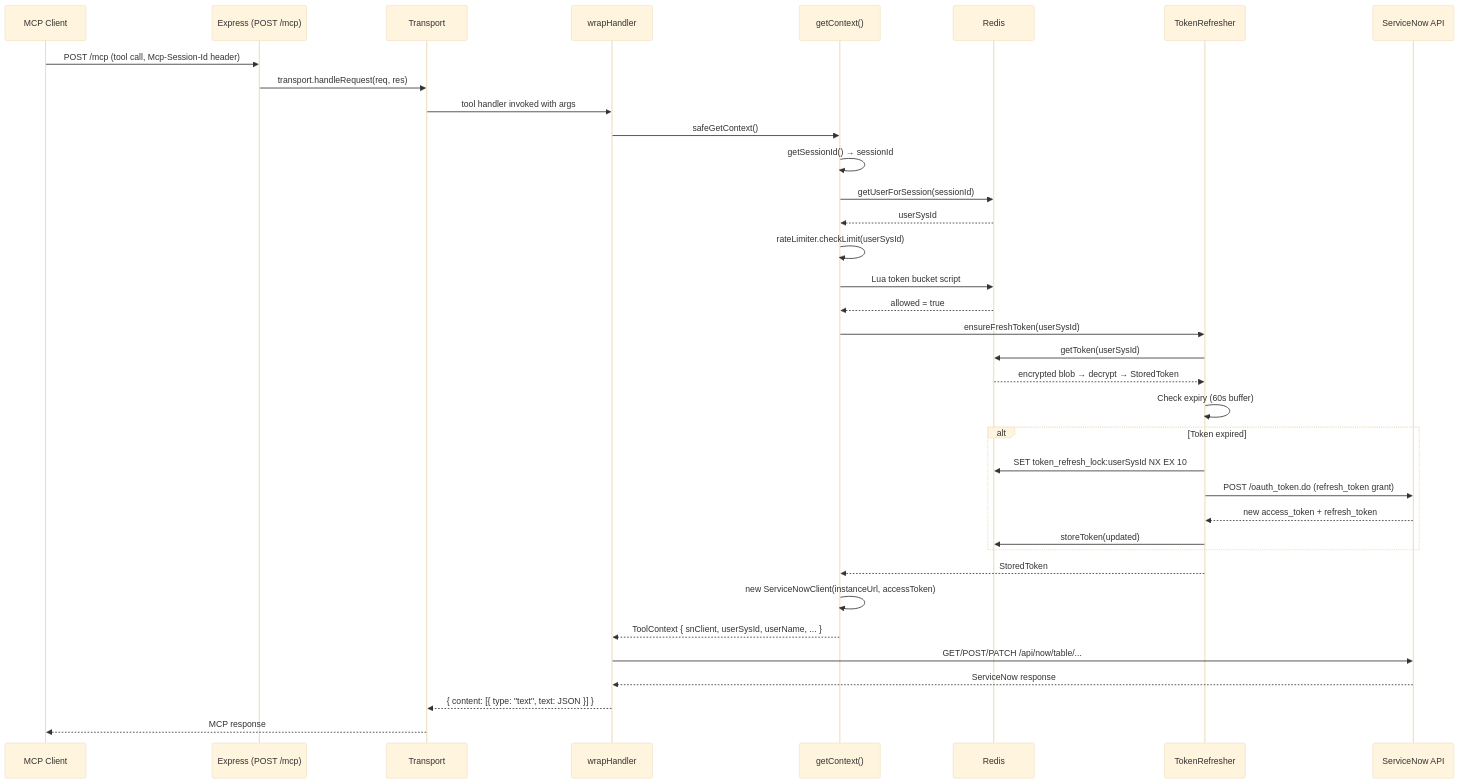
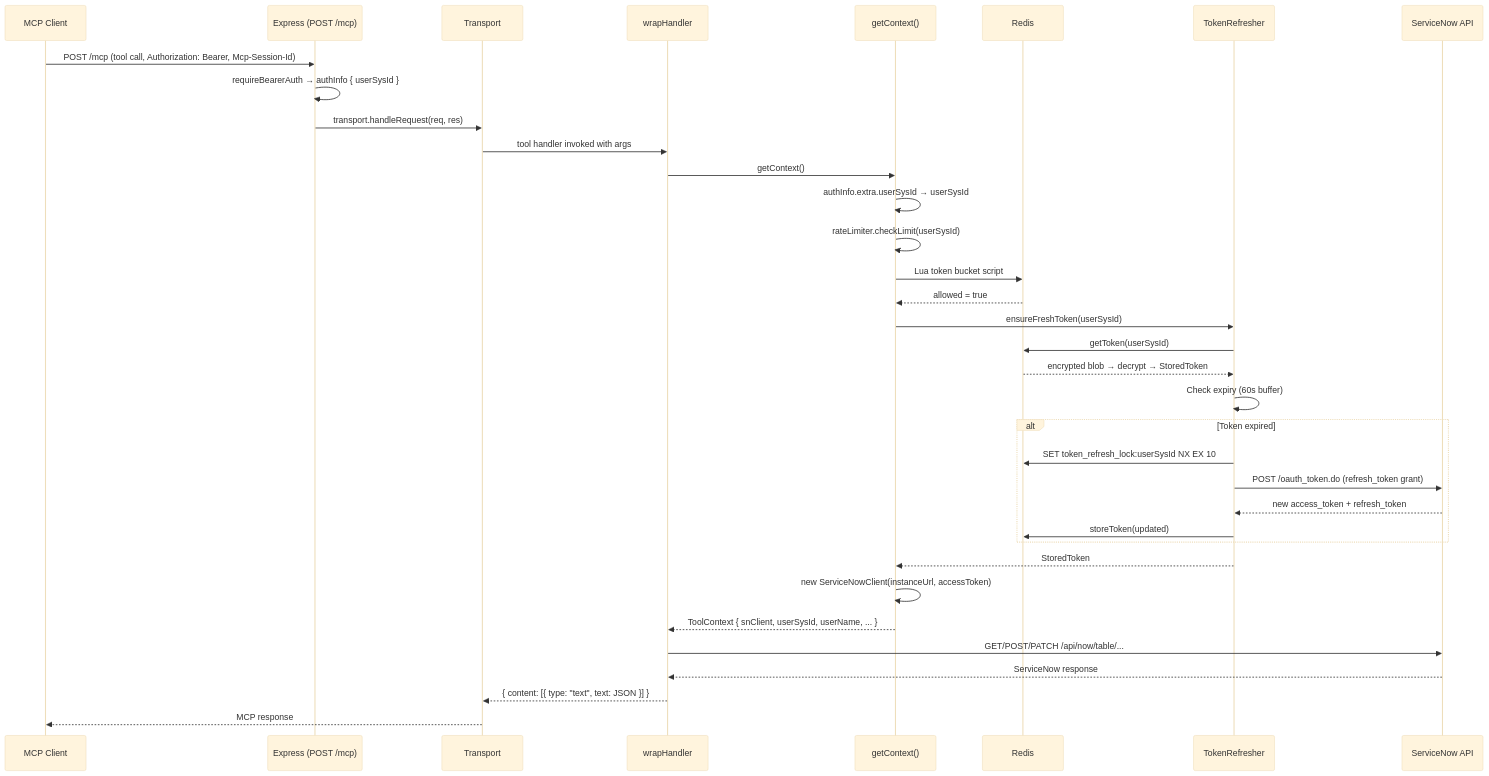
Before and after one commit to windoze95/servicewow-mcp: the diagram in docs/architecture/request-flow.md, drawn with Mermaid (base theme). The commit also changed other lines of this file and 38 other files, not shown here.

First line of the commit message:
Remove deprecated legacy OAuth routes and reconnect token flow

````diff
--- a/docs/architecture/request-flow.md
+++ b/docs/architecture/request-flow.md
@@ -9,44 +9,43 @@
 ```mermaid
 sequenceDiagram
     participant C as MCP Client
     participant E as Express (POST /mcp)
     participant T as Transport
     participant W as wrapHandler
     participant G as getContext()
     participant R as Redis
     participant TR as TokenRefresher
     participant SN as ServiceNow API
 
-    C->>E: POST /mcp (tool call, Mcp-Session-Id header)
+    C->>E: POST /mcp (tool call, Authorization: Bearer, Mcp-Session-Id)
+    E->>E: requireBearerAuth → authInfo { userSysId }
     E->>T: transport.handleRequest(req, res)
     T->>W: tool handler invoked with args
-    W->>G: safeGetContext()
+    W->>G: getContext()
 
-    G->>G: getSessionId() → sessionId
-    G->>R: getUserForSession(sessionId)
-    R-->>G: userSysId
+    G->>G: authInfo.extra.userSysId → userSysId
 
     G->>G: rateLimiter.checkLimit(userSysId)
     G->>R: Lua token bucket script
     R-->>G: allowed = true
 
     G->>TR: ensureFreshToken(userSysId)
     TR->>R: getToken(userSysId)
     R-->>TR: encrypted blob → decrypt → StoredToken
     TR->>TR: Check expiry (60s buffer)
     alt Token expired
         TR->>R: SET token_refresh_lock:userSysId NX EX 10
         TR->>SN: POST /oauth_token.do (refresh_token grant)
         SN-->>TR: new access_token + refresh_token
         TR->>R: storeToken(updated)
     end
     TR-->>G: StoredToken
 
     G->>G: new ServiceNowClient(instanceUrl, accessToken)
     G-->>W: ToolContext { snClient, userSysId, userName, ... }
 
     W->>SN: GET/POST/PATCH /api/now/table/...
     SN-->>W: ServiceNow response
     W-->>T: { content: [{ type: "text", text: JSON }] }
     T-->>C: MCP response
 ```
````
